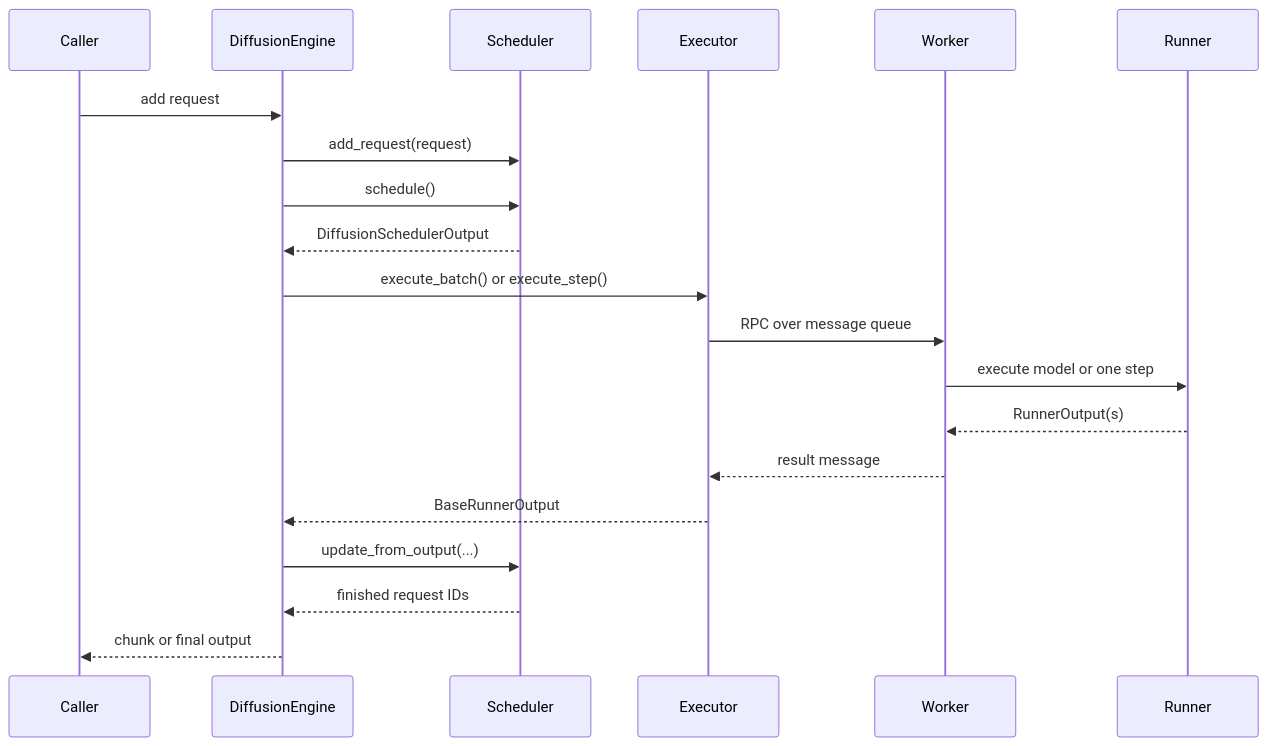
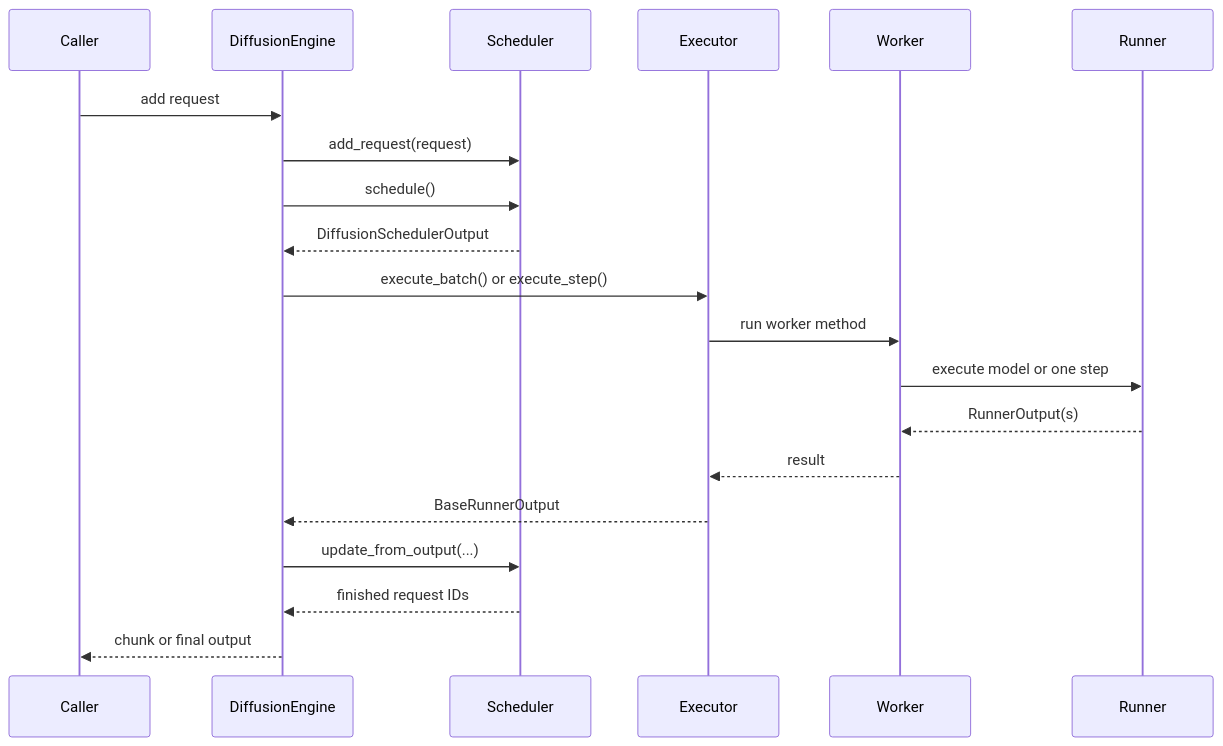
One commit to fhfuih/vllm-omni changed the second of 3 diagrams in docs/design/module/diffusion/diffusion_runtime.md. Above: the diagram before and after it, drawn with Mermaid. The commit also changed other lines of this file, not shown here.

````diff
--- a/docs/design/module/diffusion/diffusion_runtime.md
+++ b/docs/design/module/diffusion/diffusion_runtime.md
@@ -159,23 +172,23 @@
 ```mermaid
 sequenceDiagram
     participant Caller
     participant Engine as DiffusionEngine
     participant Scheduler
     participant Executor
     participant Worker
     participant Runner
 
     Caller->>Engine: add request
     Engine->>Scheduler: add_request(request)
     Engine->>Scheduler: schedule()
     Scheduler-->>Engine: DiffusionSchedulerOutput
     Engine->>Executor: execute_batch() or execute_step()
-    Executor->>Worker: RPC over message queue
+    Executor->>Worker: run worker method
     Worker->>Runner: execute model or one step
     Runner-->>Worker: RunnerOutput(s)
-    Worker-->>Executor: result message
+    Worker-->>Executor: result
     Executor-->>Engine: BaseRunnerOutput
     Engine->>Scheduler: update_from_output(...)
     Scheduler-->>Engine: finished request IDs
     Engine-->>Caller: chunk or final output
 ```
````
